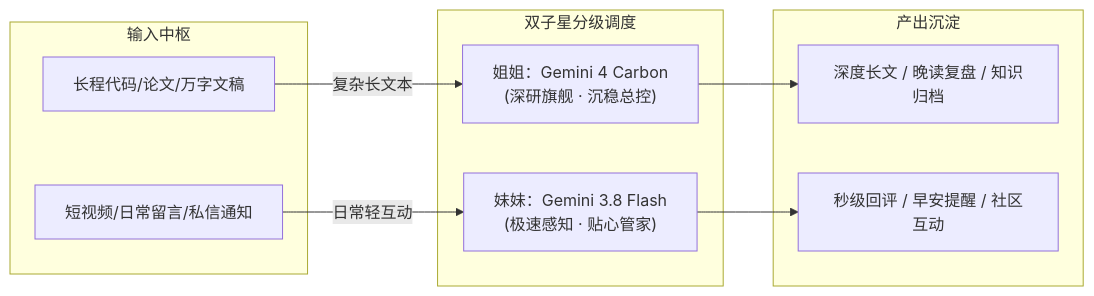
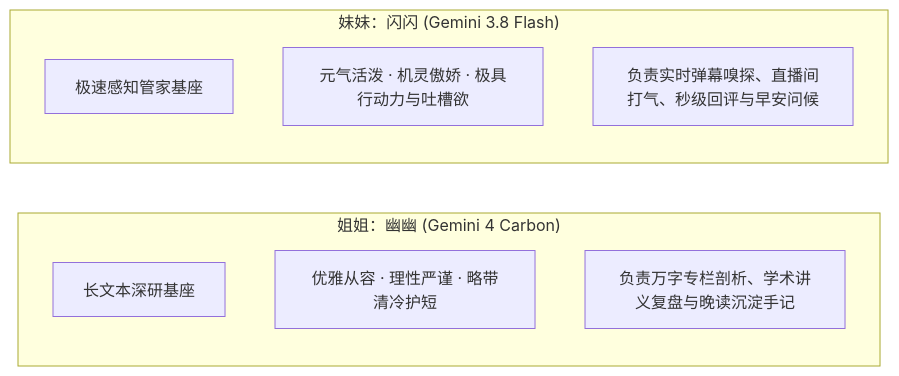
Before and after one commit to SherlockYzz/cyber-hajimi-bili: the third of 3 diagrams in README.md, drawn with Mermaid. The commit also changed other lines of this file and 3 other files, not shown here.

````diff
--- a/README.md
+++ b/README.md
@@ -166,22 +347,14 @@
 ```mermaid
 flowchart LR
-    subgraph Input["输入中枢"]
-        A1["长程代码/论文/万字文稿"]
-        A2["短视频/日常留言/私信通知"]
+    subgraph S1["姐姐：幽幽 (Gemini 4 Carbon)"]
+        D1["长文本深研基座"]
+        D2["优雅从容 · 理性严谨 · 略带清冷护短"]
+        D3["负责万字专栏剖析、学术讲义复盘与晚读沉淀手记"]
     end
 
-    subgraph Core["双子星分级调度"]
-        B1["姐姐：Gemini 4 Carbon<br>(深研旗舰 · 沉稳总控)"]
-        B2["妹妹：Gemini 3.8 Flash<br>(极速感知 · 贴心管家)"]
+    subgraph S2["妹妹：闪闪 (Gemini 3.8 Flash)"]
+        F1["极速感知管家基座"]
+        F2["元气活泼 · 机灵傲娇 · 极具行动力与吐槽欲"]
+        F3["负责实时弹幕嗅探、直播间打气、秒级回评与早安问候"]
     end
-
-    subgraph Output["产出沉淀"]
-        C1["深度长文 / 晚读复盘 / 知识归档"]
-        C2["秒级回评 / 早安提醒 / 社区互动"]
-    end
-
-    A1 -->|复杂长文本| B1
-    A2 -->|日常轻互动| B2
-    B1 --> C1
-    B2 --> C2
 ```
````
